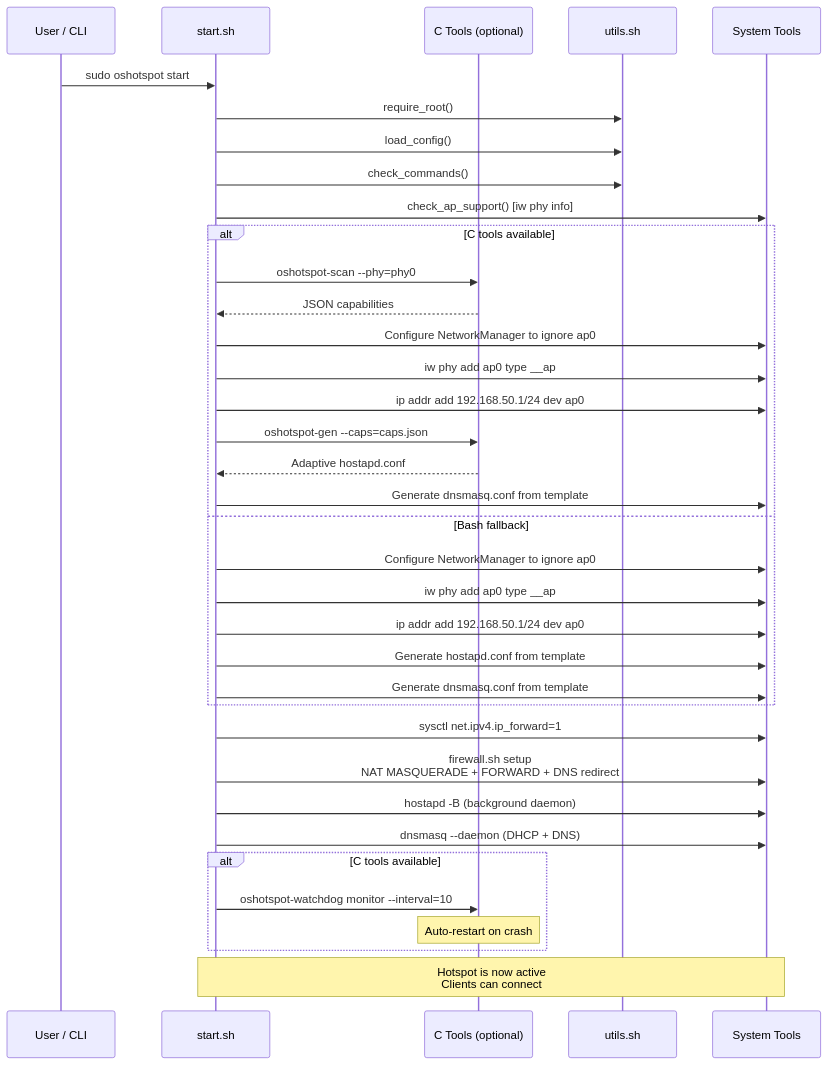
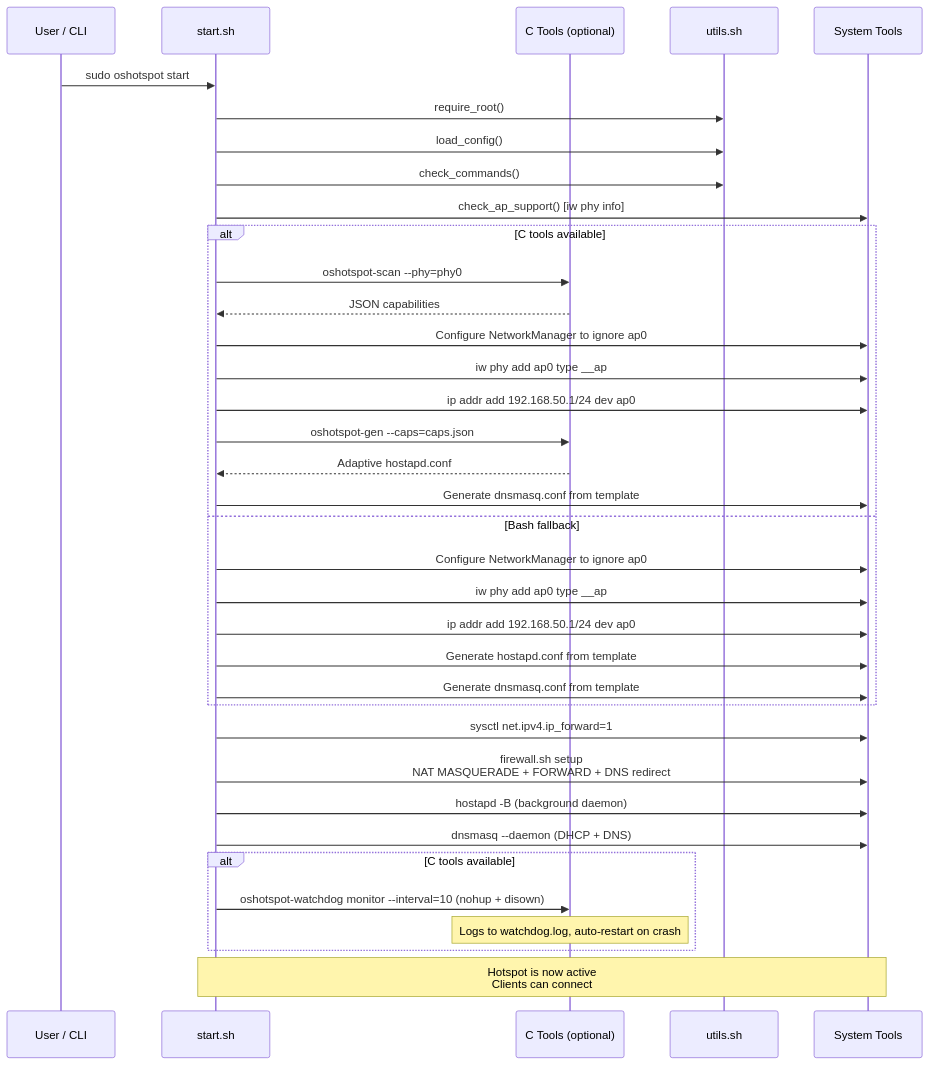
One commit to King03-sam/OSHotspot changed the sixth of 9 diagrams in ARCHITECTURE.md. Above: the diagram before and after it, drawn with Mermaid. The commit also changed other lines of this file, not shown here.

First line of the commit message:
docs: update ARCHITECTURE.md to match current codebase

````diff
--- a/ARCHITECTURE.md
+++ b/ARCHITECTURE.md
@@ -230,44 +229,44 @@
 ```mermaid
 sequenceDiagram
     participant U as User / CLI
     participant S as start.sh
     participant C as C Tools (optional)
     participant UTL as utils.sh
     participant SYS as System Tools
 
     U->>S: sudo oshotspot start
     S->>UTL: require_root()
     S->>UTL: load_config()
     S->>UTL: check_commands()
     S->>SYS: check_ap_support() [iw phy info]
 
     alt C tools available
         S->>C: oshotspot-scan --phy=phy0
         C-->>S: JSON capabilities
         S->>SYS: Configure NetworkManager to ignore ap0
         S->>SYS: iw phy add ap0 type __ap
         S->>SYS: ip addr add 192.168.50.1/24 dev ap0
         S->>C: oshotspot-gen --caps=caps.json
         C-->>S: Adaptive hostapd.conf
         S->>SYS: Generate dnsmasq.conf from template
     else Bash fallback
         S->>SYS: Configure NetworkManager to ignore ap0
         S->>SYS: iw phy add ap0 type __ap
         S->>SYS: ip addr add 192.168.50.1/24 dev ap0
         S->>SYS: Generate hostapd.conf from template
         S->>SYS: Generate dnsmasq.conf from template
     end
 
     S->>SYS: sysctl net.ipv4.ip_forward=1
     S->>SYS: firewall.sh setup<br/>NAT MASQUERADE + FORWARD + DNS redirect
 
     S->>SYS: hostapd -B (background daemon)
     S->>SYS: dnsmasq --daemon (DHCP + DNS)
 
     alt C tools available
-        S->>C: oshotspot-watchdog monitor --interval=10
-        Note over C: Auto-restart on crash
+        S->>C: oshotspot-watchdog monitor --interval=10 (nohup + disown)
+        Note over C: Logs to watchdog.log, auto-restart on crash
     end
 
     Note over S,SYS: Hotspot is now active<br/>Clients can connect
 ```
````
